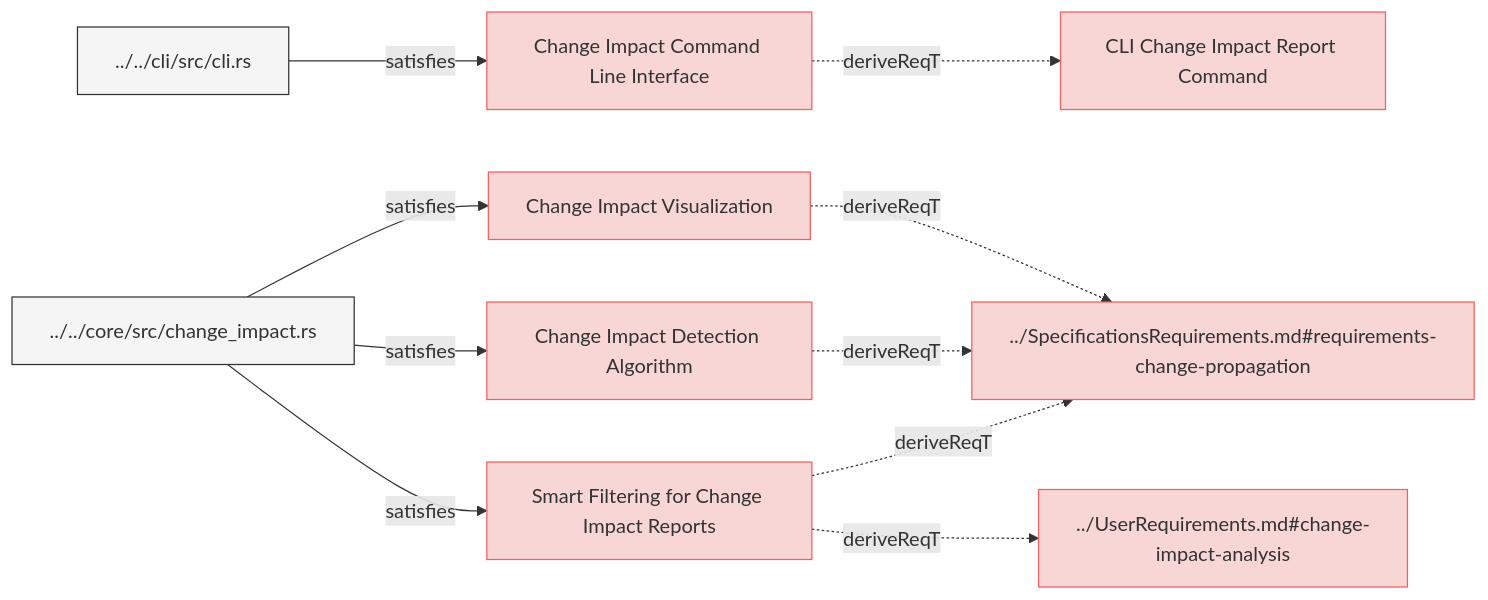
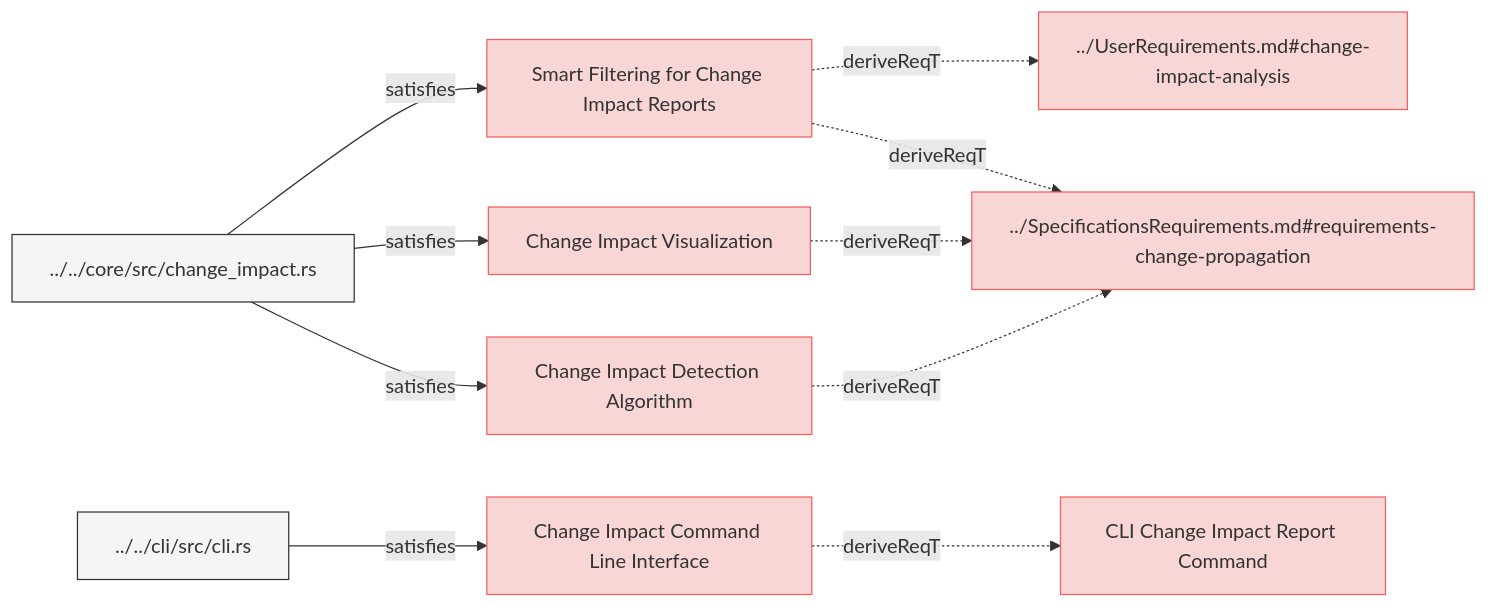
One commit to reqvire-org/reqvire changed the diagram in specifications/SystemRequirements/ChangeImpactPropagation.md. Above: the diagram before and after it, drawn with Mermaid. The commit also changed 14 other files, not shown here.

Commit message:
Diagrams updated.

````diff
--- a/specifications/SystemRequirements/ChangeImpactPropagation.md
+++ b/specifications/SystemRequirements/ChangeImpactPropagation.md
@@ -6,48 +6,51 @@
 ```mermaid
 graph LR;
   %% Graph styling
   classDef requirement fill:#f9d6d6,stroke:#f55f5f,stroke-width:1px;
   classDef verification fill:#d6f9d6,stroke:#5fd75f,stroke-width:1px;
   classDef externalLink fill:#d0e0ff,stroke:#3080ff,stroke-width:1px;
   classDef default fill:#f5f5f5,stroke:#333333,stroke-width:1px;
 
+  ced028f36159c967["Smart Filtering for Change Impact Reports"];
+  class ced028f36159c967 requirement;
+  click ced028f36159c967 "ChangeImpactPropagation.md#smart-filtering-for-change-impact-reports";
+  9933cac5853a8584["../UserRequirements.md#change-impact-analysis"];
+  class 9933cac5853a8584 requirement;
+  click 9933cac5853a8584 "../UserRequirements.md#change-impact-analysis";
+  ced028f36159c967 -.->|deriveReqT| 9933cac5853a8584;
+  2054606d7574a553["../SpecificationsRequirements.md#requirements-change-propagation"];
+  class 2054606d7574a553 requirement;
+  click 2054606d7574a553 "../SpecificationsRequirements.md#requirements-change-propagation";
+  ced028f36159c967 -.->|deriveReqT| 2054606d7574a553;
+  4b89dbed94c08c3e["../../core/src/change_impact.rs"];
+  class 4b89dbed94c08c3e default;
+  click 4b89dbed94c08c3e "../../core/src/change_impact.rs";
+  4b89dbed94c08c3e -->|satisfies| ced028f36159c967;
+  4ba519ed09b81863["Change Impact Visualization"];
+  class 4ba519ed09b81863 requirement;
+  click 4ba519ed09b81863 "ChangeImpactPropagation.md#change-impact-visualization";
+  4ba519ed09b81863 -.->|deriveReqT| 2054606d7574a553;
+  4b89dbed94c08c3e["../../core/src/change_impact.rs"];
+  class 4b89dbed94c08c3e default;
+  click 4b89dbed94c08c3e "../../core/src/change_impact.rs";
+  4b89dbed94c08c3e -->|satisfies| 4ba519ed09b81863;
   37a75398bd174177["Change Impact Command Line Interface"];
   class 37a75398bd174177 requirement;
   click 37a75398bd174177 "ChangeImpactPropagation.md#change-impact-command-line-interface";
   4c9ae0a2fb751ce6["CLI Change Impact Report Command"];
   class 4c9ae0a2fb751ce6 requirement;
   click 4c9ae0a2fb751ce6 "Requirements.md#cli-change-impact-report-command";
   37a75398bd174177 -.->|deriveReqT| 4c9ae0a2fb751ce6;
   80defdd4cbc7ee18["../../cli/src/cli.rs"];
   class 80defdd4cbc7ee18 default;
   click 80defdd4cbc7ee18 "../../cli/src/cli.rs";
   80defdd4cbc7ee18 -->|satisfies| 37a75398bd174177;
-  4ba519ed09b81863["Change Impact Visualization"];
-  class 4ba519ed09b81863 requirement;
-  click 4ba519ed09b81863 "ChangeImpactPropagation.md#change-impact-visualization";
-  2054606d7574a553["../SpecificationsRequirements.md#requirements-change-propagation"];
-  class 2054606d7574a553 requirement;
-  click 2054606d7574a553 "../SpecificationsRequirements.md#requirements-change-propagation";
-  4ba519ed09b81863 -.->|deriveReqT| 2054606d7574a553;
-  4b89dbed94c08c3e["../../core/src/change_impact.rs"];
-  class 4b89dbed94c08c3e default;
-  click 4b89dbed94c08c3e "../../core/src/change_impact.rs";
-  4b89dbed94c08c3e -->|satisfies| 4ba519ed09b81863;
   c8d1020a3844532d["Change Impact Detection Algorithm"];
   class c8d1020a3844532d requirement;
   click c8d1020a3844532d "ChangeImpactPropagation.md#change-impact-detection-algorithm";
   c8d1020a3844532d -.->|deriveReqT| 2054606d7574a553;
   4b89dbed94c08c3e["../../core/src/change_impact.rs"];
   class 4b89dbed94c08c3e default;
   click 4b89dbed94c08c3e "../../core/src/change_impact.rs";
   4b89dbed94c08c3e -->|satisfies| c8d1020a3844532d;
-  d5f8a3c2e9b17456["Smart Filtering for Change Impact Reports"];
-  class d5f8a3c2e9b17456 requirement;
-  click d5f8a3c2e9b17456 "ChangeImpactPropagation.md#smart-filtering-for-change-impact-reports";
-  9933cac5853a8584["../UserRequirements.md#change-impact-analysis"];
-  class 9933cac5853a8584 requirement;
-  click 9933cac5853a8584 "../UserRequirements.md#change-impact-analysis";
-  d5f8a3c2e9b17456 -.->|deriveReqT| 9933cac5853a8584;
-  d5f8a3c2e9b17456 -.->|deriveReqT| 2054606d7574a553;
-  4b89dbed94c08c3e -->|satisfies| d5f8a3c2e9b17456;
 ```
````
